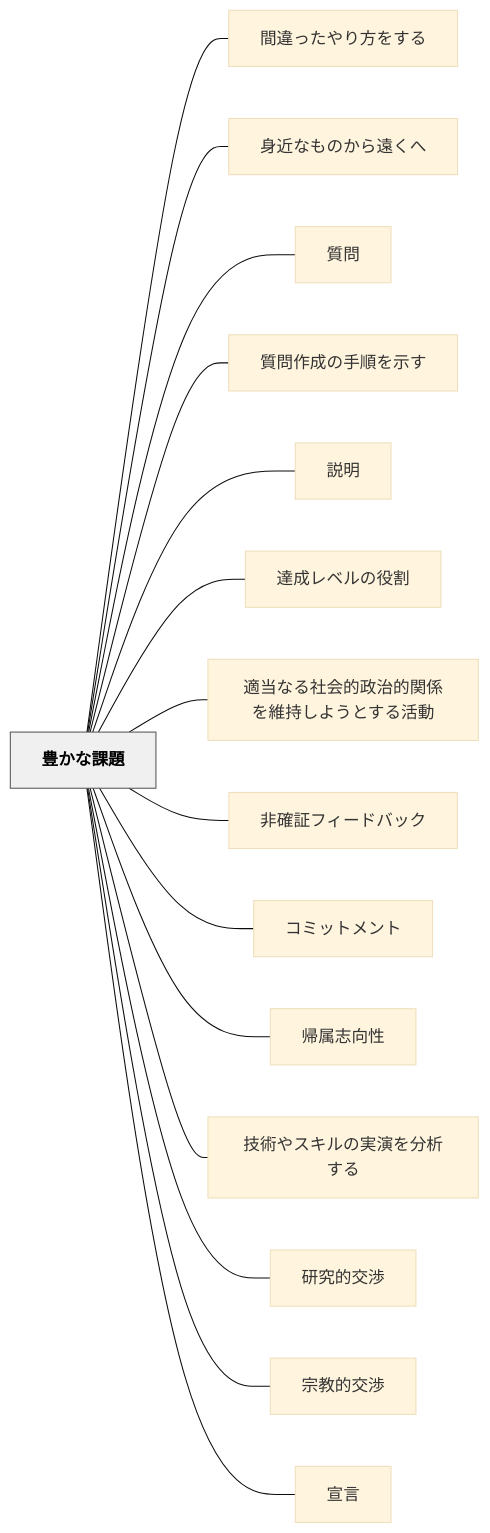
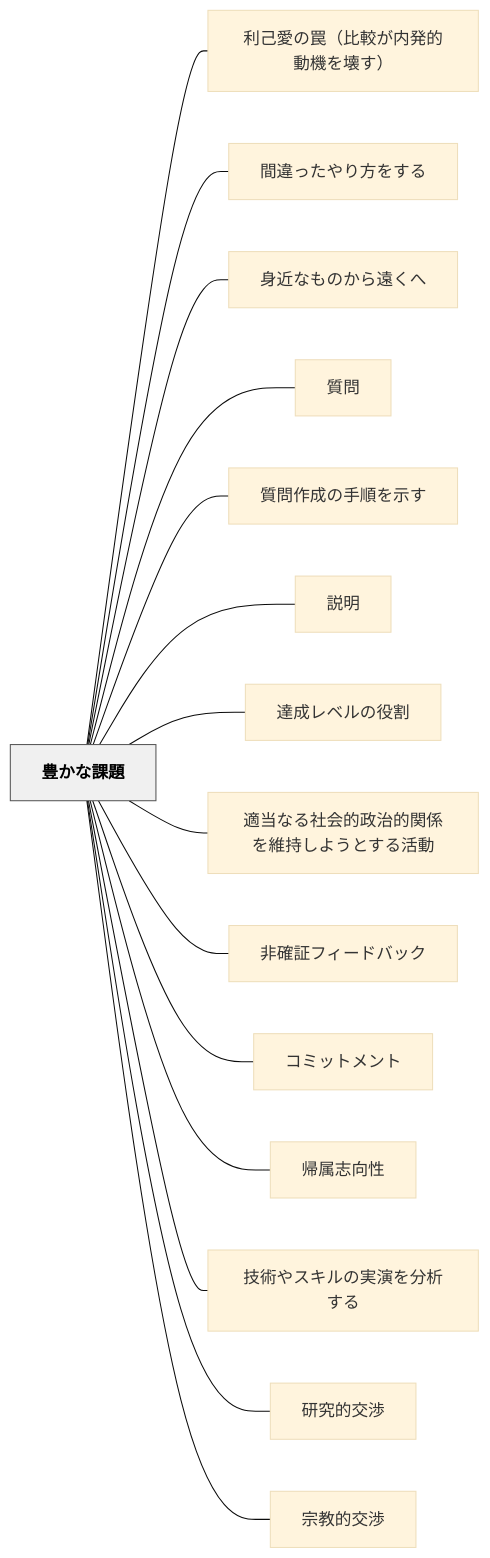
One commit to unknownthings-ed-patterns/unknownthings-ed-patterns changed the diagram in content/パタン/豊かな課題.md. Above: the diagram before and after it, drawn with Mermaid (base theme). The commit also changed other lines of this file and 185 other files, not shown here.

````diff
--- a/content/パタン/豊かな課題.md
+++ b/content/パタン/豊かな課題.md
@@ -187,36 +188,36 @@
 ```mermaid
 flowchart LR
     ne8b18ae3818be381aae8aab2e9a18c["豊かな課題"]
+    ne588a9e5b7b1e6849be381aee7bda0efbc88e6af94e8bc83e3818ce58685e799bae79a84e58b95e6a99fe38292e5a38ae38199efbc89["利己愛の罠（比較が内発的動機を壊す）"]
     ne99693e98195e381a3e3819fe38284e3828ae696b9e38292e38199e3828b["間違ったやり方をする"]
     ne8baabe8bf91e381aae38282e381aee3818be38289e981a0e3818fe381b8["身近なものから遠くへ"]
     ne8b3aae5958f["質問"]
     ne8b3aae5958fe4bd9ce68890e381aee6898be9a086e38292e7a4bae38199["質問作成の手順を示す"]
     ne8aaace6988e["説明"]
     ne98194e68890e383ace38399e383abe381aee5bdb9e589b2["達成レベルの役割"]
     ne981a9e5bd93e381aae3828be7a4bee4bc9ae79a84e694bfe6b2bbe79a84e996a2e4bf82e38292e7b6ade68c81e38197e38288e38186e381a8e38199e3828be6b4bbe58b95["適当なる社会的政治的関係を維持しようとする活動"]
     ne99d9ee7a2bae8a8bce38395e382a3e383bce38389e38390e38383e382af["非確証フィードバック"]
     ne382b3e3839fe38383e38388e383a1e383b3e38388["コミットメント"]
     ne5b8b0e5b19ee5bf97e59091e680a7["帰属志向性"]
     ne68a80e8a193e38284e382b9e382ade383abe381aee5ae9fe6bc94e38292e58886e69e90e38199e3828b["技術やスキルの実演を分析する"]
     ne7a094e7a9b6e79a84e4baa4e6b889["研究的交渉"]
     ne5ae97e69599e79a84e4baa4e6b889["宗教的交渉"]
-    ne5aea3e8a880["宣言"]
 
+    ne8b18ae3818be381aae8aab2e9a18c --- ne588a9e5b7b1e6849be381aee7bda0efbc88e6af94e8bc83e3818ce58685e799bae79a84e58b95e6a99fe38292e5a38ae38199efbc89
     ne8b18ae3818be381aae8aab2e9a18c --- ne99693e98195e381a3e3819fe38284e3828ae696b9e38292e38199e3828b
     ne8b18ae3818be381aae8aab2e9a18c --- ne8baabe8bf91e381aae38282e381aee3818be38289e981a0e3818fe381b8
     ne8b18ae3818be381aae8aab2e9a18c --- ne8b3aae5958f
     ne8b18ae3818be381aae8aab2e9a18c --- ne8b3aae5958fe4bd9ce68890e381aee6898be9a086e38292e7a4bae38199
     ne8b18ae3818be381aae8aab2e9a18c --- ne8aaace6988e
     ne8b18ae3818be381aae8aab2e9a18c --- ne98194e68890e383ace38399e383abe381aee5bdb9e589b2
     ne8b18ae3818be381aae8aab2e9a18c --- ne981a9e5bd93e381aae3828be7a4bee4bc9ae79a84e694bfe6b2bbe79a84e996a2e4bf82e38292e7b6ade68c81e38197e38288e38186e381a8e38199e3828be6b4bbe58b95
     ne8b18ae3818be381aae8aab2e9a18c --- ne99d9ee7a2bae8a8bce38395e382a3e383bce38389e38390e38383e382af
     ne8b18ae3818be381aae8aab2e9a18c --- ne382b3e3839fe38383e38388e383a1e383b3e38388
     ne8b18ae3818be381aae8aab2e9a18c --- ne5b8b0e5b19ee5bf97e59091e680a7
     ne8b18ae3818be381aae8aab2e9a18c --- ne68a80e8a193e38284e382b9e382ade383abe381aee5ae9fe6bc94e38292e58886e69e90e38199e3828b
     ne8b18ae3818be381aae8aab2e9a18c --- ne7a094e7a9b6e79a84e4baa4e6b889
     ne8b18ae3818be381aae8aab2e9a18c --- ne5ae97e69599e79a84e4baa4e6b889
-    ne8b18ae3818be381aae8aab2e9a18c --- ne5aea3e8a880
 
     classDef hub fill:#f0f0f0,stroke:#555,color:#000,font-weight:bold
     class ne8b18ae3818be381aae8aab2e9a18c hub
 ```
````
